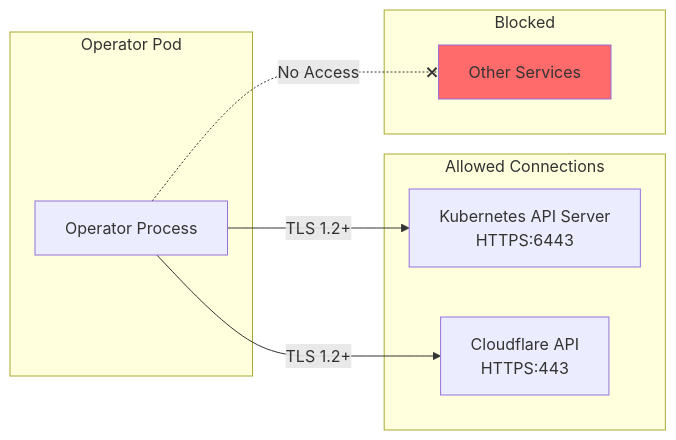
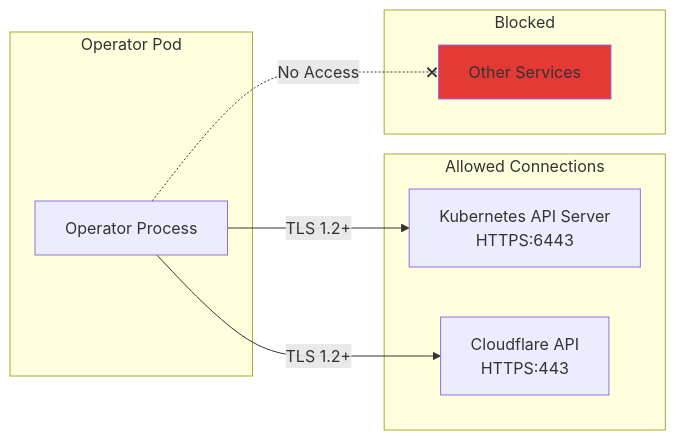
Diagram 13 of 16 in docs/architecture.md (wheetazlab/cloudflare-zero-trust-operator), drawn with Mermaid before and after one commit. The commit also changed other lines of this file and 1 other file, not shown here.

First line of the commit message:
fix: Replace light colors in mermaid diagrams with darker, more readable colors

````diff
--- a/docs/architecture.md
+++ b/docs/architecture.md
@@ -787,21 +787,21 @@
 ```mermaid
 graph LR
     subgraph "Operator Pod"
         OP[Operator Process]
     end
     
     subgraph "Allowed Connections"
         K8S[Kubernetes API Server<br/>HTTPS:6443]
         CF[Cloudflare API<br/>HTTPS:443]
     end
     
     subgraph "Blocked"
         OTHER[Other Services]
     end
     
     OP -->|TLS 1.2+| K8S
     OP -->|TLS 1.2+| CF
     OP -.-x|No Access| OTHER
     
-    style OTHER fill:#FF6B6B
+    style OTHER fill:#E53935
 ```
````
